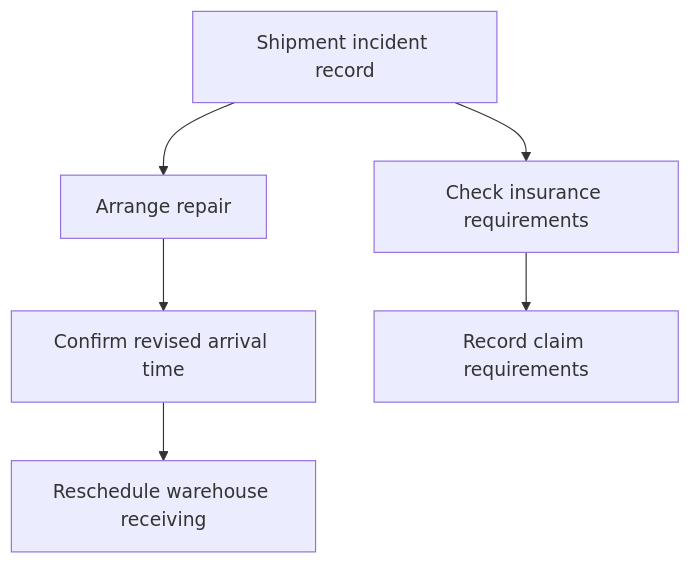
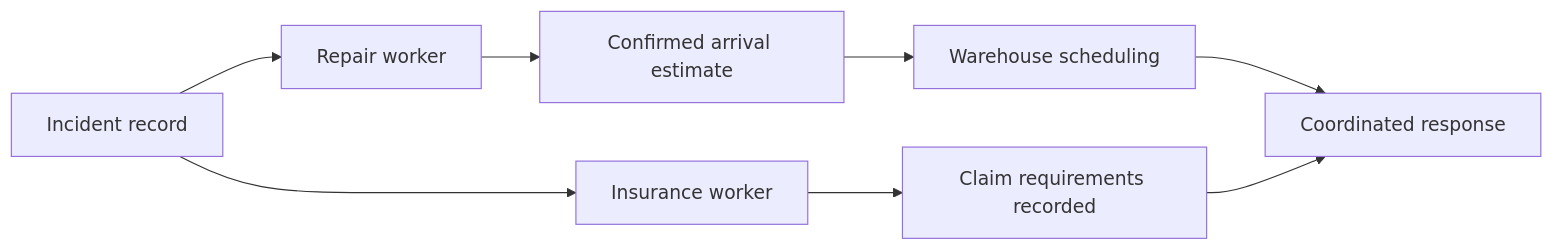
One commit to shivambats/portfolio changed the fifth of 6 diagrams in posts/ai-agents-in-operations-first-principles.md. Above: the diagram before and after it, drawn with Mermaid. The commit also changed other lines of this file, not shown here.

````diff
--- a/posts/ai-agents-in-operations-first-principles.md
+++ b/posts/ai-agents-in-operations-first-principles.md
@@ -178,8 +169,10 @@
 ```mermaid
-flowchart TD
-    A["Shipment incident record"] --> B["Arrange repair"]
-    A --> C["Check insurance requirements"]
-    B --> D["Confirm revised arrival time"]
-    C --> E["Record claim requirements"]
-    D --> F["Reschedule warehouse receiving"]
+flowchart LR
+    A["Incident record"] --> B["Repair worker"]
+    A --> C["Insurance worker"]
+    B --> D["Confirmed arrival estimate"]
+    D --> E["Warehouse scheduling"]
+    C --> F["Claim requirements recorded"]
+    E --> G["Coordinated response"]
+    F --> G
 ```
````
